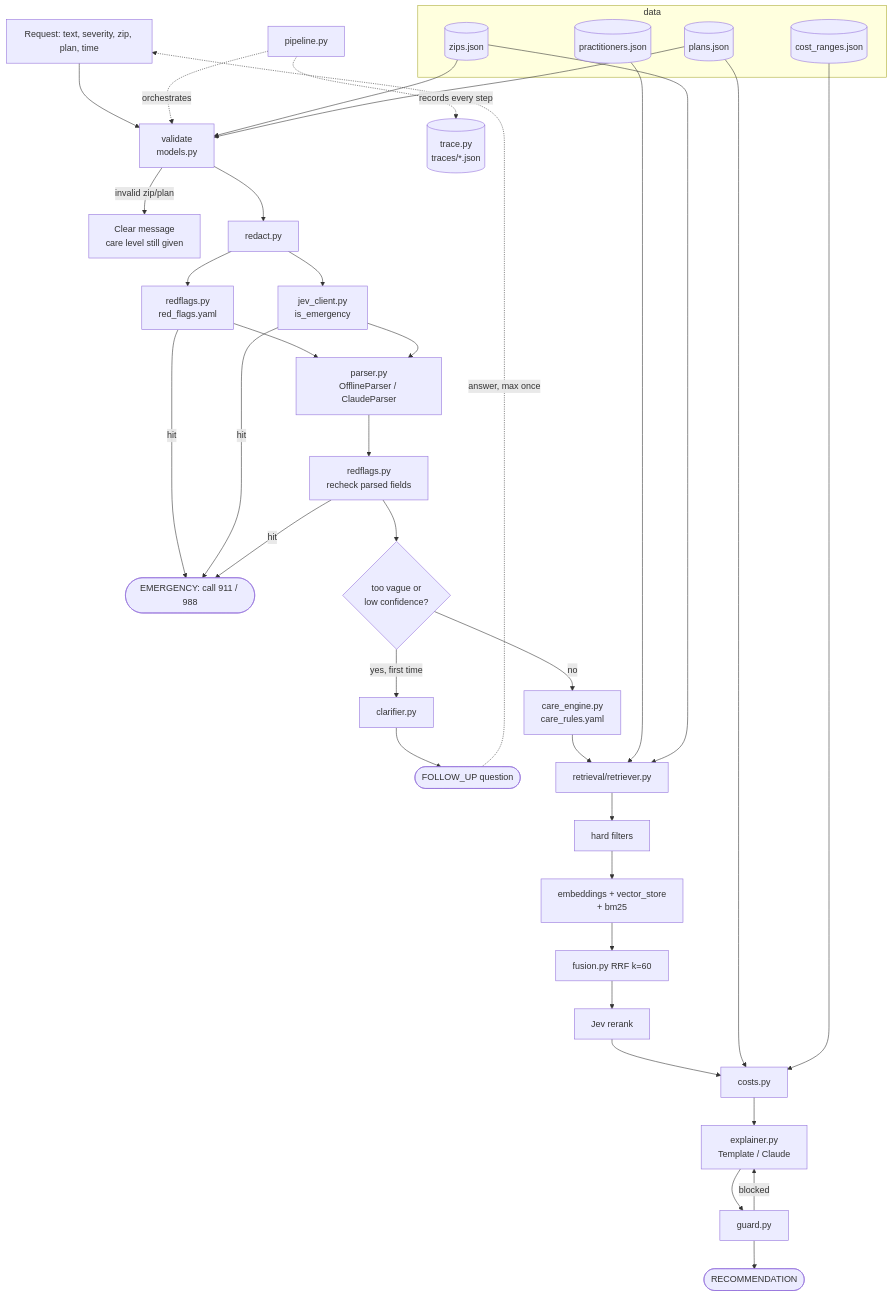
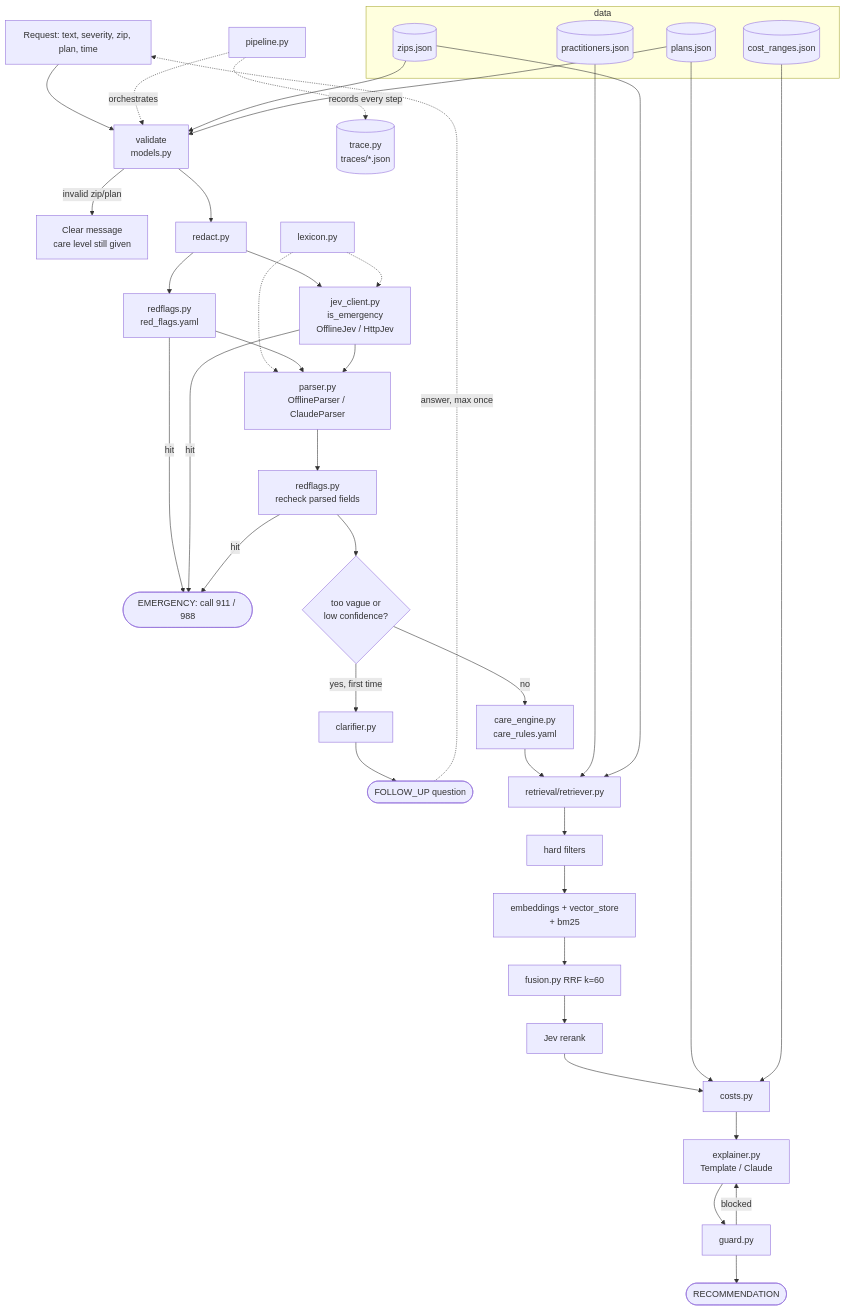
The diagram in care-navigator/docs/context-graph.md (Yadnu/care-navigator), drawn with Mermaid before and after one commit. The commit also changed other lines of this file and 2 other files, not shown here.

Commit message:
docs: phase 3 decisions and context graph

````diff
--- a/care-navigator/docs/context-graph.md
+++ b/care-navigator/docs/context-graph.md
@@ -9,42 +9,44 @@
 ```mermaid
 flowchart TD
     REQ[Request: text, severity, zip, plan, time] --> VAL[validate<br/>models.py]
     VAL -->|invalid zip/plan| MSG[Clear message<br/>care level still given]
     VAL --> RED[redact.py]
     RED --> RF1[redflags.py<br/>red_flags.yaml]
-    RED --> JEV1[jev_client.py<br/>is_emergency]
+    RED --> JEV1[jev_client.py<br/>is_emergency<br/>OfflineJev / HttpJev]
+    LEX[lexicon.py] -.-> JEV1
+    LEX -.-> PARSE
     RF1 -->|hit| EMER([EMERGENCY: call 911 / 988])
     JEV1 -->|hit| EMER
     RF1 --> PARSE[parser.py<br/>OfflineParser / ClaudeParser]
     JEV1 --> PARSE
     PARSE --> RF2[redflags.py<br/>recheck parsed fields]
     RF2 -->|hit| EMER
     RF2 --> VAGUE{too vague or<br/>low confidence?}
     VAGUE -->|yes, first time| CLAR[clarifier.py]
     CLAR --> FU([FOLLOW_UP question])
     FU -.->|answer, max once| REQ
     VAGUE -->|no| ENG[care_engine.py<br/>care_rules.yaml]
     ENG --> RET[retrieval/retriever.py]
     RET --> FIL[hard filters] --> HYB[embeddings + vector_store<br/>+ bm25] --> RRF[fusion.py RRF k=60] --> RR[Jev rerank]
     RR --> COST[costs.py]
     COST --> EXP[explainer.py<br/>Template / Claude]
     EXP --> GRD[guard.py]
     GRD -->|blocked| EXP
     GRD --> REC([RECOMMENDATION])
     TRACE[(trace.py<br/>traces/*.json)]
     PIPE[pipeline.py] -.orchestrates.-> VAL
     PIPE -.records every step.-> TRACE
 
     subgraph data
       ZIPS[(zips.json)]
       PLANS[(plans.json)]
       PRACS[(practitioners.json)]
       COSTS[(cost_ranges.json)]
     end
     ZIPS --> VAL
     PLANS --> VAL
     PRACS --> RET
     ZIPS --> RET
     PLANS --> COST
     COSTS --> COST
 ```
````
